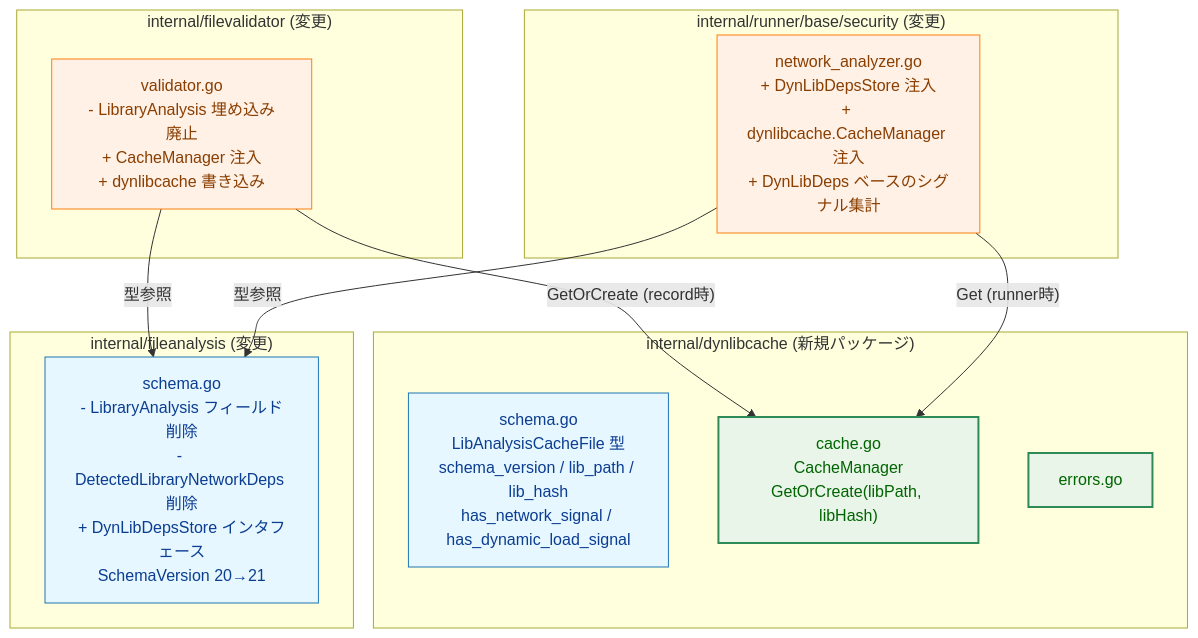
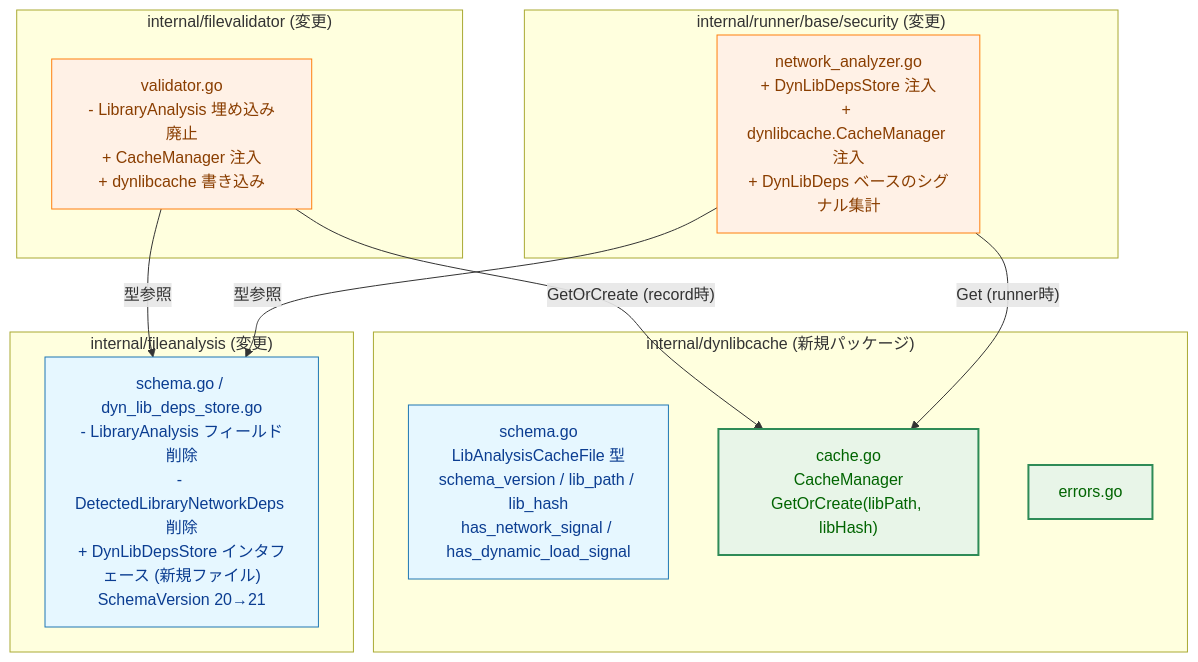
The fourth of 4 diagrams in docs/tasks/0124_dynlib_library_analysis_cache/02_architecture.md (isseis/go-safe-cmd-runner), drawn with Mermaid before and after one commit. The commit also changed 2 other files, not shown here.

Commit message:
add implementation plan and revise spec/architecture docs
- Add 04_implementation_plan.md with step-by-step tasks and test
  checkboxes covering all 9 acceptance criteria
- Fix LibraryAnalyzer.Analyze signature: 2-return → 3-return (add warnings)
- Add Warnings field to LibAnalysisResult for warning propagation
- Replace Japanese comments in Go code snippets with English
- Note writeFileAtomic pattern re-implementation in dynlibcache
- Fix component diagram: DynLibDepsStore lives in dyn_lib_deps_store.go
- Add AC-3 and AC-6 unit test checkboxes in Step 5

````diff
--- a/docs/tasks/0124_dynlib_library_analysis_cache/02_architecture.md
+++ b/docs/tasks/0124_dynlib_library_analysis_cache/02_architecture.md
@@ -91,33 +91,33 @@
 ```mermaid
 graph TB
     classDef data fill:#e6f7ff,stroke:#1f77b4,stroke-width:1px,color:#0b3d91;
     classDef process fill:#fff1e6,stroke:#ff7f0e,stroke-width:1px,color:#8a3e00;
     classDef enhanced fill:#e8f5e8,stroke:#2e8b57,stroke-width:2px,color:#006400;
 
     subgraph dynlibcache["internal/dynlibcache (新規パッケージ)"]
         DC_SCHEMA["schema.go<br>LibAnalysisCacheFile 型<br>schema_version / lib_path / lib_hash<br>has_network_signal / has_dynamic_load_signal"]
         DC_CACHE["cache.go<br>CacheManager<br>GetOrCreate(libPath, libHash)"]
         DC_ERR["errors.go"]
     end
 
     subgraph fileanalysis["internal/fileanalysis (変更)"]
-        FA_SCHEMA["schema.go<br>- LibraryAnalysis フィールド削除<br>- DetectedLibraryNetworkDeps 削除<br>+ DynLibDepsStore インタフェース<br>SchemaVersion 20→21"]
+        FA_SCHEMA["schema.go / dyn_lib_deps_store.go<br>- LibraryAnalysis フィールド削除<br>- DetectedLibraryNetworkDeps 削除<br>+ DynLibDepsStore インタフェース (新規ファイル)<br>SchemaVersion 20→21"]
     end
 
     subgraph filevalidator["internal/filevalidator (変更)"]
         FV_VAL["validator.go<br>- LibraryAnalysis 埋め込み廃止<br>+ CacheManager 注入<br>+ dynlibcache 書き込み"]
     end
 
     subgraph runner_security["internal/runner/base/security (変更)"]
         RS_NET["network_analyzer.go<br>+ DynLibDepsStore 注入<br>+ dynlibcache.CacheManager 注入<br>+ DynLibDeps ベースのシグナル集計"]
     end
 
     FV_VAL  -->|"GetOrCreate (record時)"| DC_CACHE
     RS_NET  -->|"Get (runner時)"| DC_CACHE
     FV_VAL  -->|"型参照"| FA_SCHEMA
     RS_NET  -->|"型参照"| FA_SCHEMA
 
     class DC_SCHEMA,FA_SCHEMA data;
     class FV_VAL,RS_NET process;
     class DC_CACHE,DC_ERR enhanced;
 ```
````
